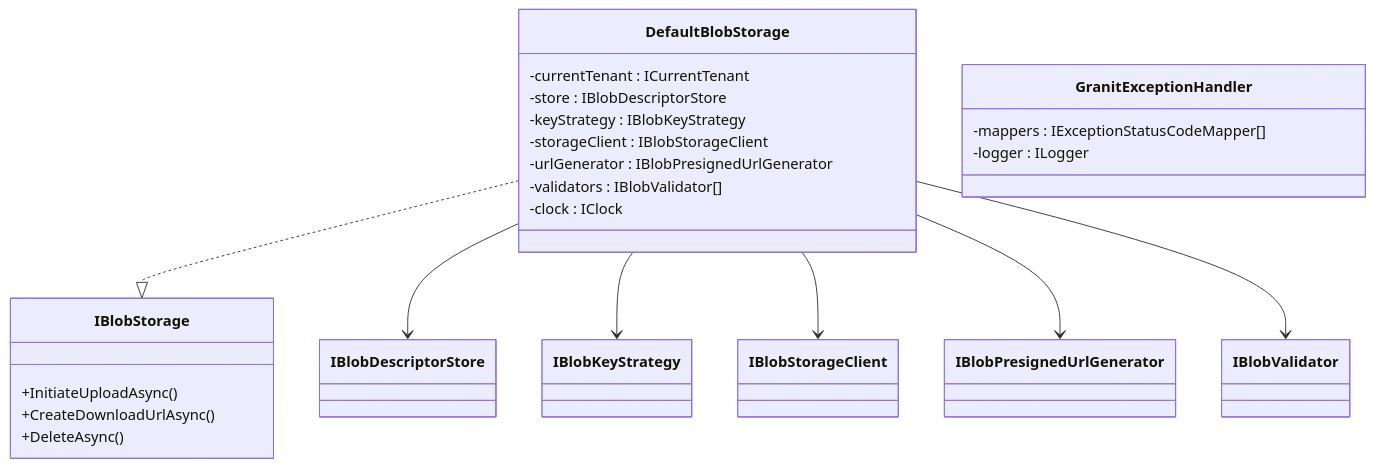
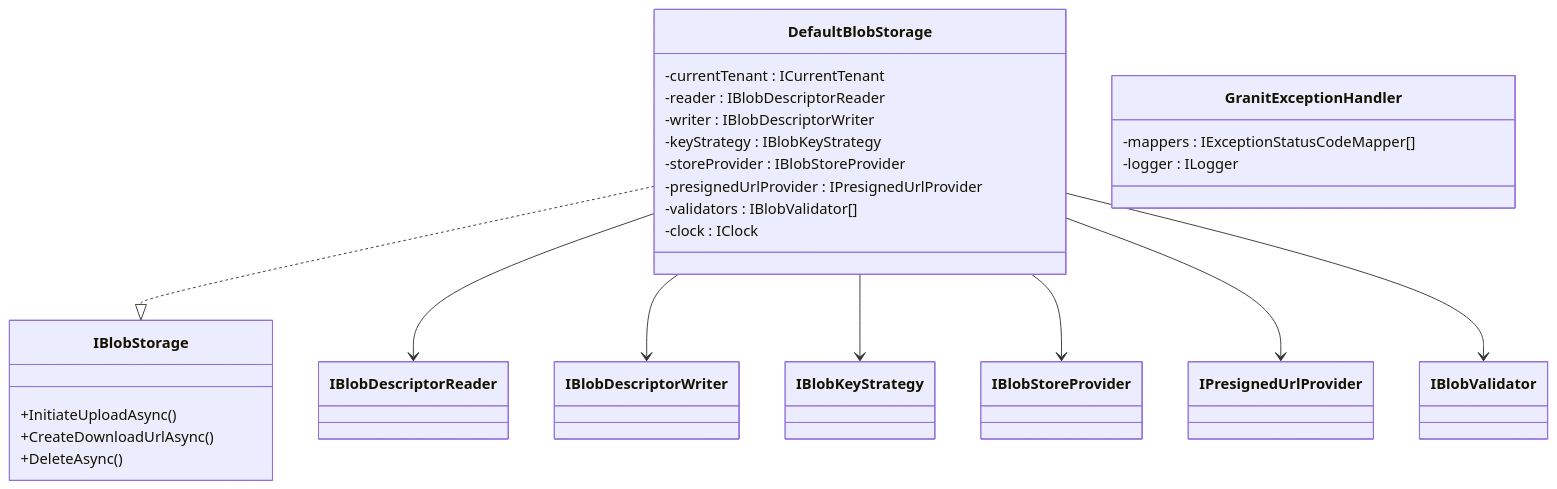
Before and after one commit to granit-fx/granit-docs: the diagram in src/content/docs/dotnet/architecture/patterns/facade.md, drawn with Mermaid. The commit also changed other lines of this file and 105 other files, not shown here.

````diff
--- a/src/content/docs/dotnet/architecture/patterns/facade.md
+++ b/src/content/docs/dotnet/architecture/patterns/facade.md
@@ -19,30 +19,32 @@
 ```mermaid
 classDiagram
     class IBlobStorage {
         +InitiateUploadAsync()
         +CreateDownloadUrlAsync()
         +DeleteAsync()
     }
 
     class DefaultBlobStorage {
         -currentTenant : ICurrentTenant
-        -store : IBlobDescriptorStore
+        -reader : IBlobDescriptorReader
+        -writer : IBlobDescriptorWriter
         -keyStrategy : IBlobKeyStrategy
-        -storageClient : IBlobStorageClient
-        -urlGenerator : IBlobPresignedUrlGenerator
+        -storeProvider : IBlobStoreProvider
+        -presignedUrlProvider : IPresignedUrlProvider
         -validators : IBlobValidator[]
         -clock : IClock
     }
 
     class GranitExceptionHandler {
         -mappers : IExceptionStatusCodeMapper[]
         -logger : ILogger
     }
 
     DefaultBlobStorage ..|> IBlobStorage
-    DefaultBlobStorage --> IBlobDescriptorStore
+    DefaultBlobStorage --> IBlobDescriptorReader
+    DefaultBlobStorage --> IBlobDescriptorWriter
     DefaultBlobStorage --> IBlobKeyStrategy
-    DefaultBlobStorage --> IBlobStorageClient
-    DefaultBlobStorage --> IBlobPresignedUrlGenerator
+    DefaultBlobStorage --> IBlobStoreProvider
+    DefaultBlobStorage --> IPresignedUrlProvider
     DefaultBlobStorage --> IBlobValidator
 ```
````
